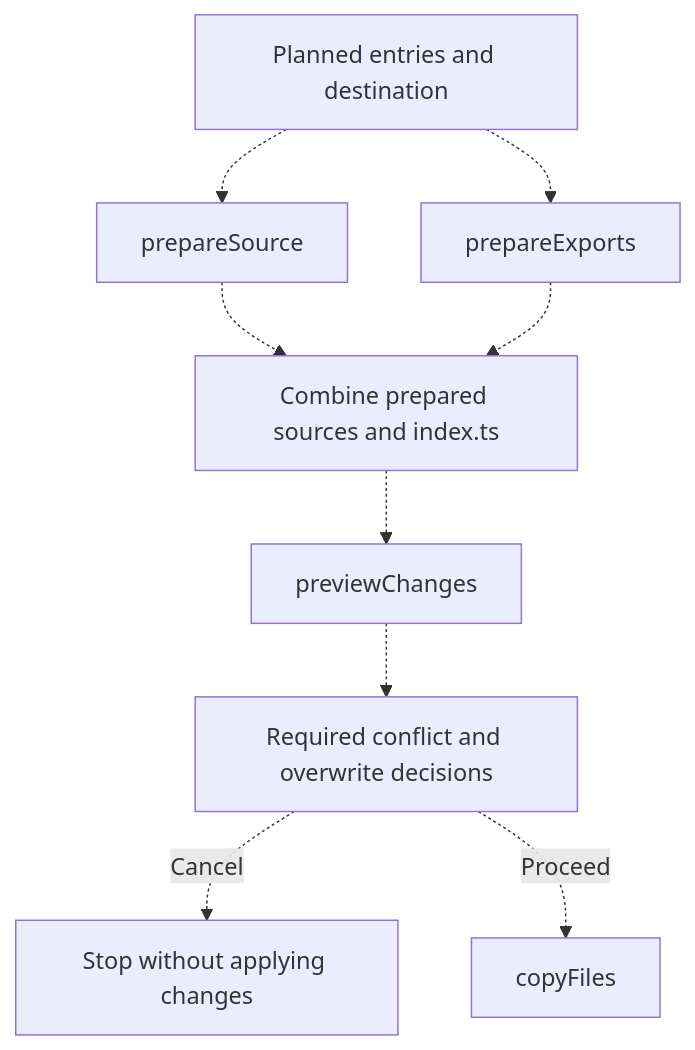
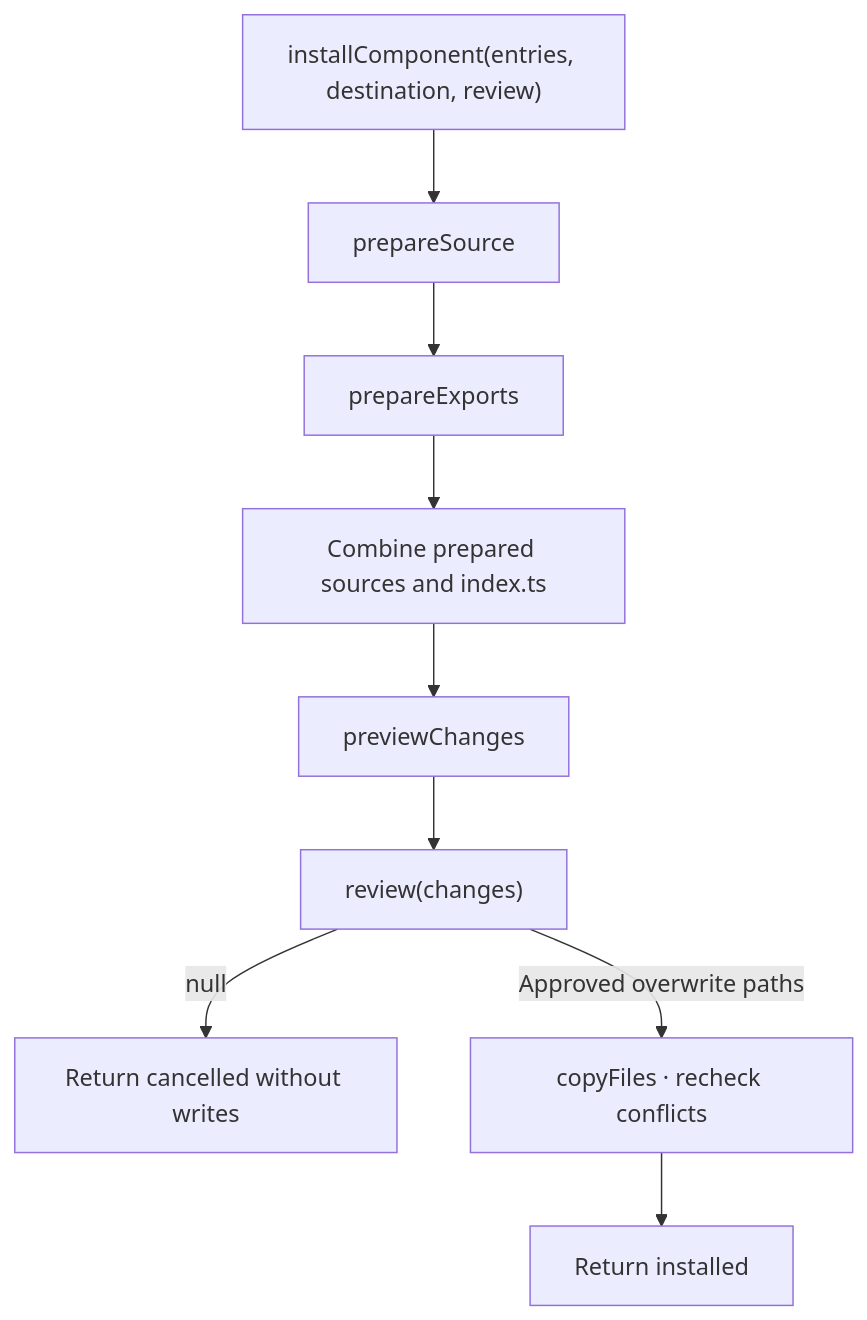
The fifth of 5 diagrams in cli/installation/README.md (feuersteiner/bref-ui), drawn with Mermaid before and after one commit. The commit also changed other lines of this file and 2 other files, not shown here.

Commit message:
feat: implement installation orchestration and review process for component sources

````diff
--- a/cli/installation/README.md
+++ b/cli/installation/README.md
@@ -137,11 +149,11 @@
 ```mermaid
 flowchart TD
-    entries["Planned entries and destination"] -.-> prepare["prepareSource"]
-    entries -.-> exports["prepareExports"]
-    prepare -.-> files["Combine prepared sources and index.ts"]
-    exports -.-> files
-    files -.-> preview["previewChanges"]
-    preview -.-> decisions["Required conflict and overwrite decisions"]
-    decisions -.->|Cancel| stop["Stop without applying changes"]
-    decisions -.->|Proceed| copy["copyFiles"]
+    entries["installComponent(entries, destination, review)"] --> prepare["prepareSource"]
+    prepare --> exports["prepareExports"]
+    exports --> files["Combine prepared sources and index.ts"]
+    files --> preview["previewChanges"]
+    preview --> decisions["review(changes)"]
+    decisions -->|null| stop["Return cancelled without writes"]
+    decisions -->|Approved overwrite paths| copy["copyFiles · recheck conflicts"]
+    copy --> done["Return installed"]
 ```
````
